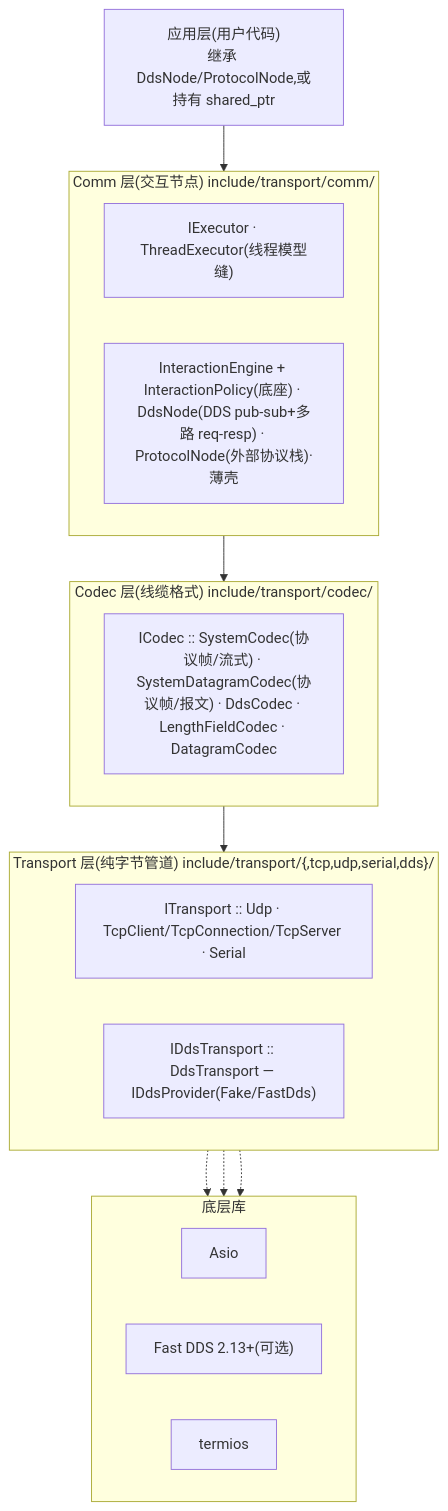
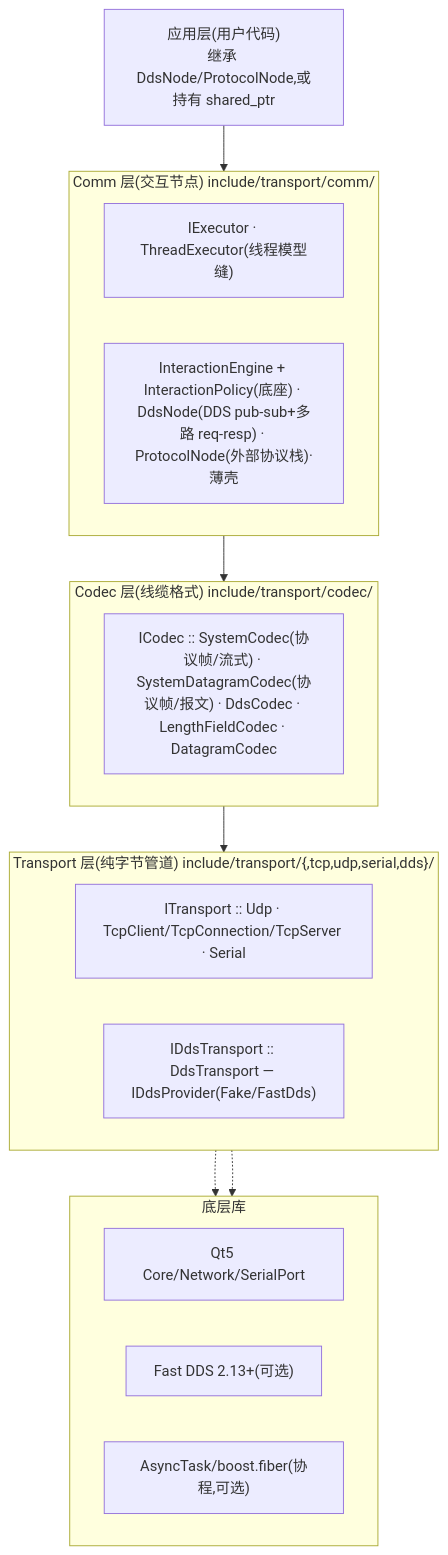
One commit to Ste7an-cs/Transport changed the first of 3 diagrams in docs/设计说明书.md. Above: the diagram before and after it, drawn with Mermaid. The commit also changed other lines of this file and 6 other files, not shown here.

````diff
--- a/docs/设计说明书.md
+++ b/docs/设计说明书.md
@@ -21,24 +21,24 @@
 ```mermaid
 flowchart TB
   App["应用层(用户代码)<br/>继承 DdsNode/ProtocolNode,或持有 shared_ptr<ITransport>"]
   subgraph L3["Comm 层(交互节点) include/transport/comm/"]
     direction LR
     E["IExecutor · ThreadExecutor(线程模型缝)"]
     N["InteractionEngine + InteractionPolicy(底座) · DdsNode(DDS pub-sub+多路 req-resp) · ProtocolNode(外部协议栈)·薄壳"]
   end
   subgraph L2["Codec 层(线缆格式) include/transport/codec/"]
     direction LR
     C["ICodec :: SystemCodec(协议帧/流式) · SystemDatagramCodec(协议帧/报文) · DdsCodec · LengthFieldCodec · DatagramCodec"]
   end
   subgraph L1["Transport 层(纯字节管道) include/transport/{,tcp,udp,serial,dds}/"]
     direction LR
     T["ITransport :: Udp · TcpClient/TcpConnection/TcpServer · Serial"]
     D["IDdsTransport :: DdsTransport — IDdsProvider(Fake/FastDds)"]
   end
   subgraph Libs["底层库"]
     direction LR
-    asio["Asio"]; fastdds["Fast DDS 2.13+(可选)"]; termios["termios"]
+    qt["Qt5 Core/Network/SerialPort"]; fastdds["Fast DDS 2.13+(可选)"]; asynctask["AsyncTask/boost.fiber(协程,可选)"]
   end
   App --> L3 --> L2 --> L1
-  T -.-> asio; D -.-> fastdds; T -.-> termios
+  T -.-> qt; D -.-> fastdds
 ```
````
